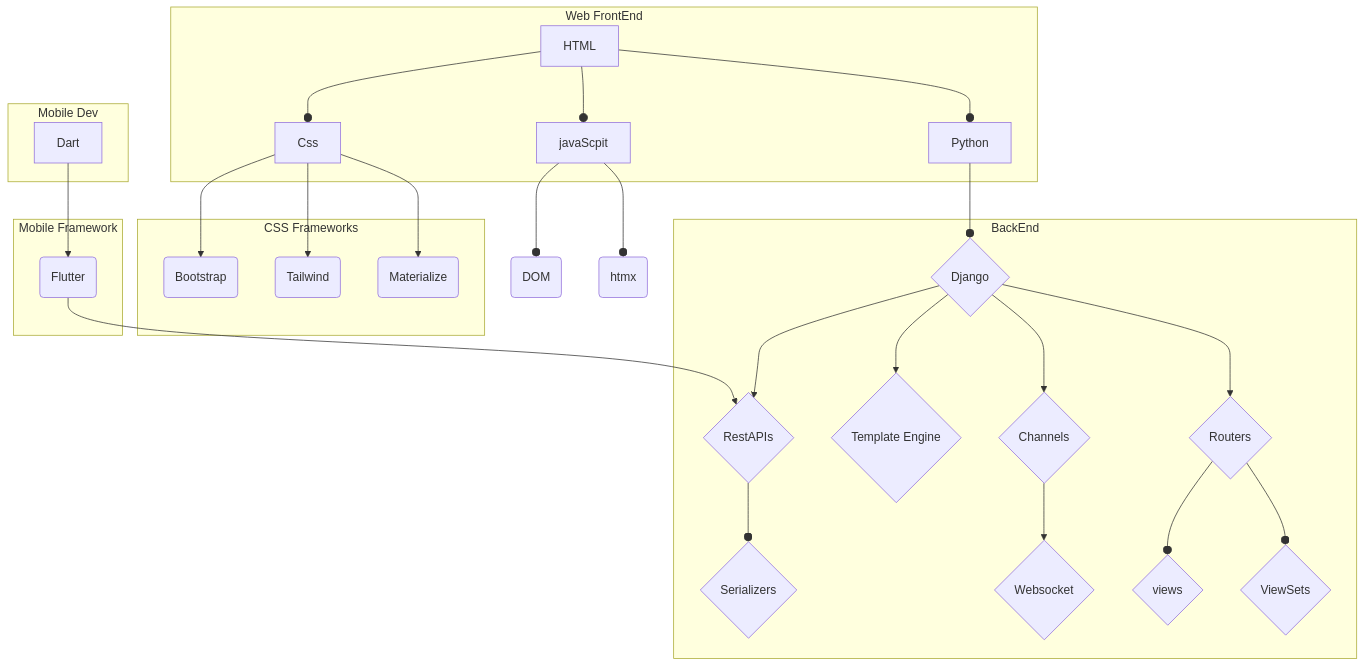
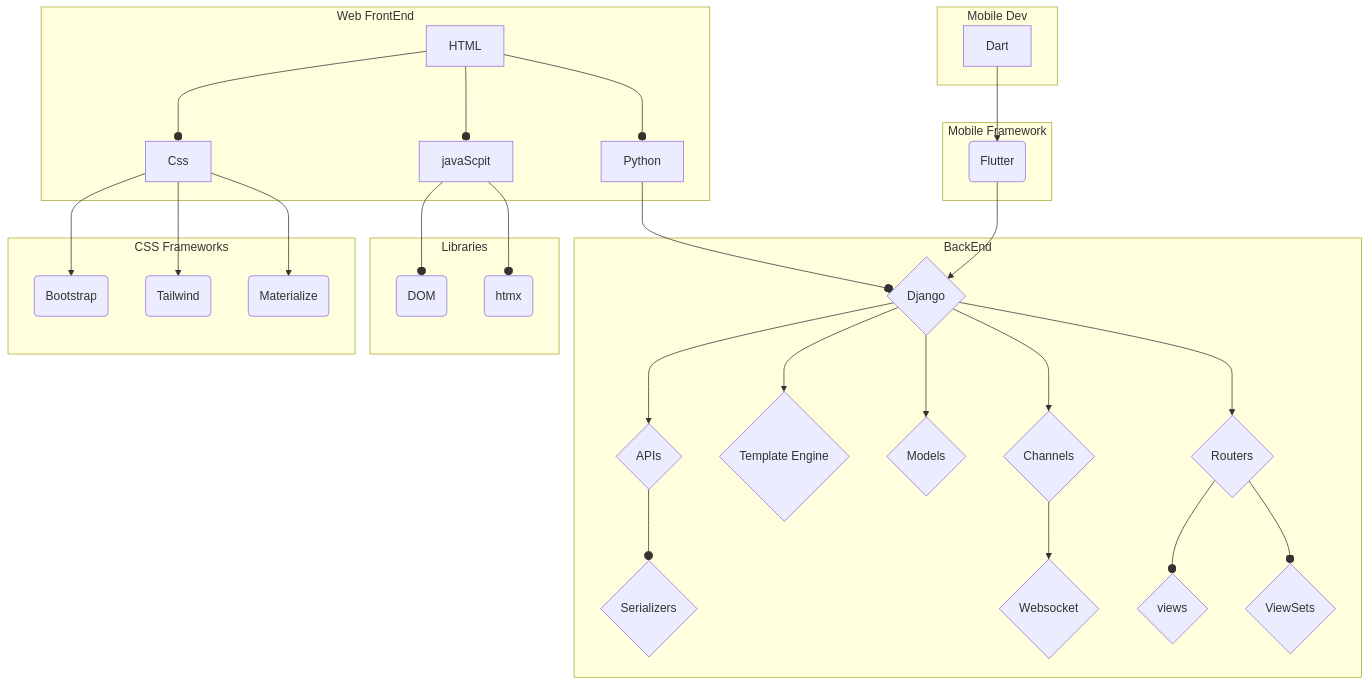
Before and after one commit to ByteRaider/ByteRaider: the diagram in README.md, drawn with Mermaid. The commit also changed other lines of this file, not shown here.

```diff
--- a/README.md
+++ b/README.md
@@ -60,7 +64,7 @@
 fw5(Materialize)
 fw6(Flutter)
 b1{Django}
-b2{RestAPIs}
+b2{APIs}
 b3{Serializers}
 b4{Channels}
 b5{Routers}
@@ -68,6 +72,7 @@
 b7{ViewSets}
 b8{Template Engine}
 b9{Websocket}
+b10{Models}
  
 subgraph  BackEnd
 b1
@@ -79,8 +84,13 @@
 b7
 b8
 b9
+b10
  end  
- 
+subgraph Libraries
+fw1
+fw2
+end
+
 subgraph Mobile Framework
 fw6
 end
@@ -108,13 +118,14 @@
  f2 --> fw3
  f2 --> fw4
  f2 --> fw5
- fw6 --> b2
+ fw6 --> b1
  f3 --o fw1
  f3 --o fw2
  f4 --o b1
  f5 --> fw6
  b1 --> b2
  b1 --> b8
+ b1 --> b10
  b2 --o b3
  b1 --> b4
  b4 --> b9
```
